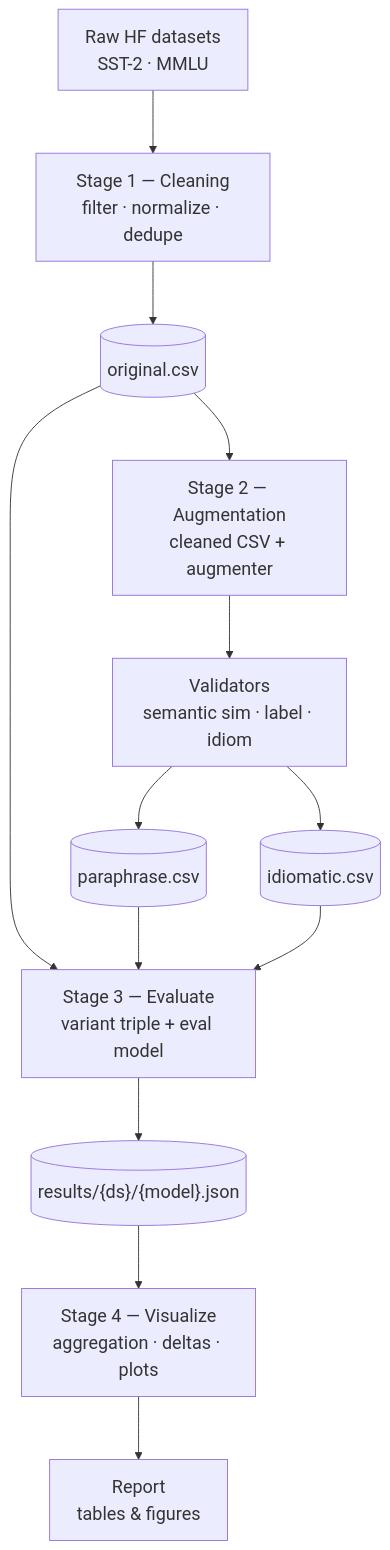
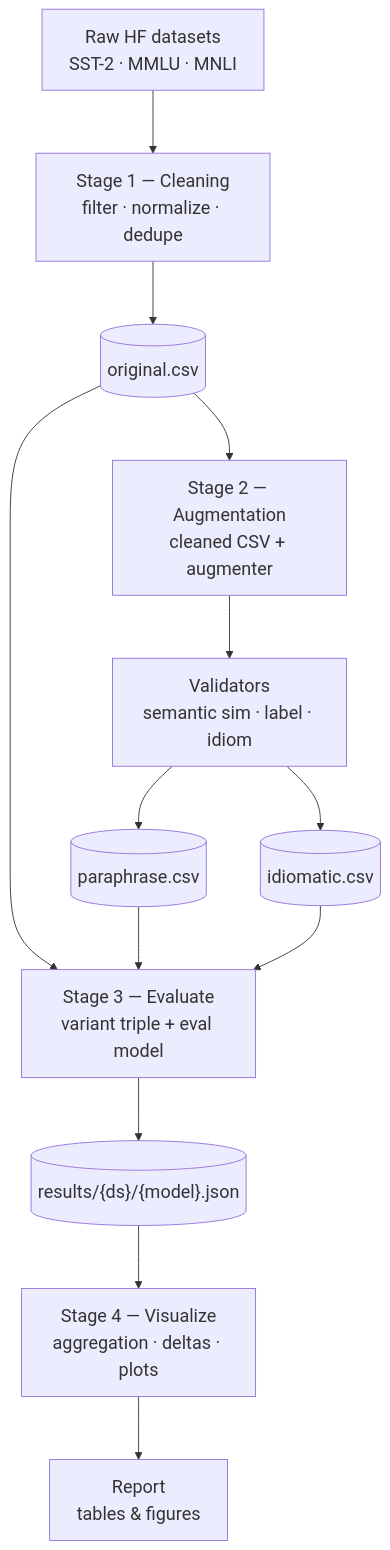
The diagram in ARCHITECTURE.md (LihuZur/Idiom_degredation), drawn with Mermaid before and after one commit. The commit also changed other lines of this file and 22 other files, not shown here.

````diff
--- a/ARCHITECTURE.md
+++ b/ARCHITECTURE.md
@@ -17,28 +17,28 @@
 ```mermaid
 %%{init: {
   "theme": "default",
   "themeVariables": { "fontSize": "20px", "fontFamily": "Inter, Arial, sans-serif" },
   "flowchart": { "nodeSpacing": 60, "rankSpacing": 70, "htmlLabels": true, "useMaxWidth": true }
 }}%%
 flowchart TB
-    A["Raw HF datasets<br/>SST-2 · MMLU"]
+    A["Raw HF datasets<br/>SST-2 · MMLU · MNLI"]
     C["Stage 1 — Cleaning<br/>filter · normalize · dedupe"]
     Do[("original.csv")]
     B["Stage 2 — Augmentation<br/>cleaned CSV + augmenter"]
     V["Validators<br/>semantic sim · label · idiom"]
     Dp[("paraphrase.csv")]
     Di[("idiomatic.csv")]
     E["Stage 3 — Evaluate<br/>variant triple + eval model"]
     R[("results/&lcub;ds&rcub;/&lcub;model&rcub;.json")]
     AN["Stage 4 — Visualize<br/>aggregation · deltas · plots"]
     RP["Report<br/>tables & figures"]
 
     A  --> C  --> Do
     Do --> B  --> V
     V  --> Dp
     V  --> Di
     Do --> E
     Dp --> E
     Di --> E
     E  --> R  --> AN --> RP
 ```
````
